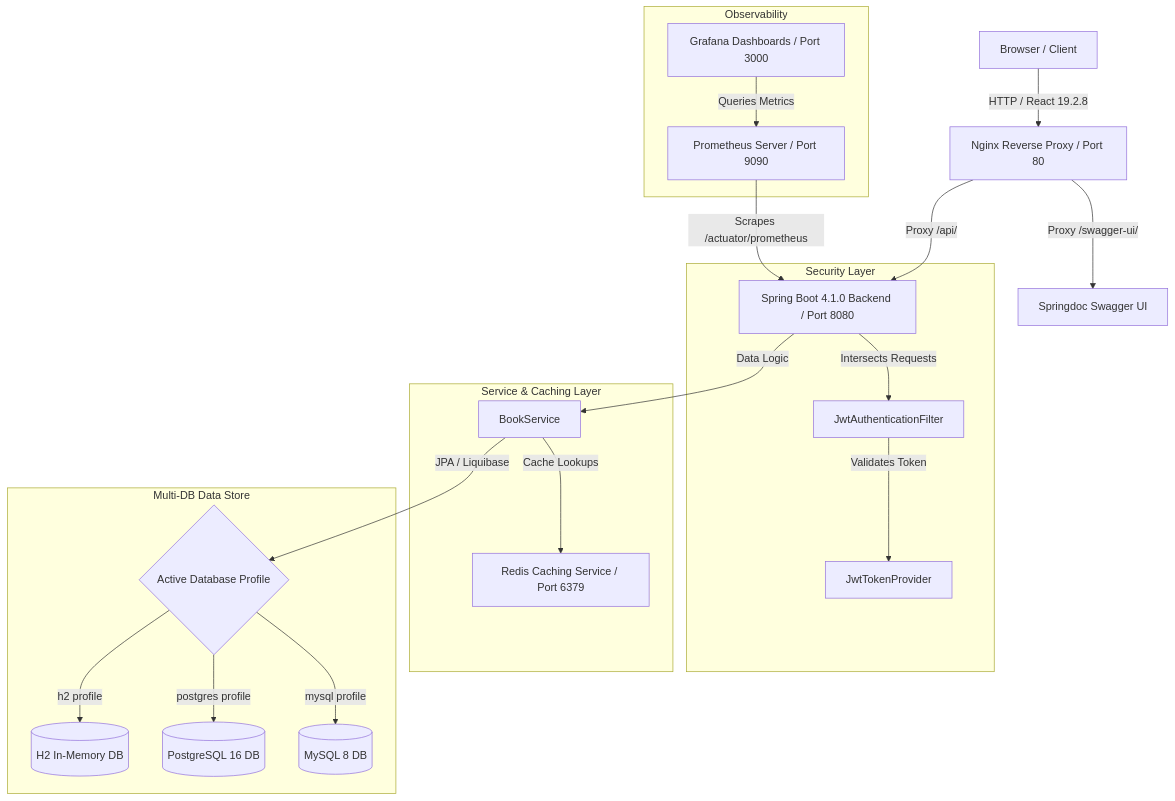
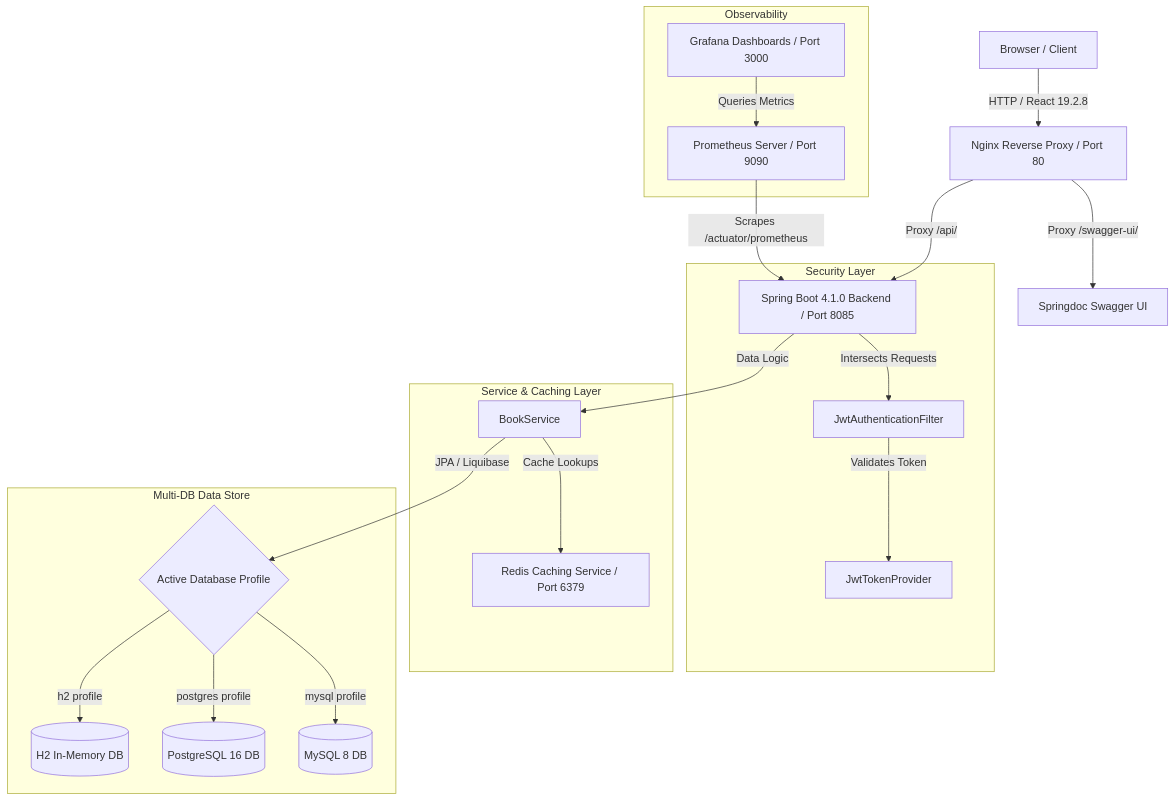
The first of 5 diagrams in README.md (syskantechnosoft/bookstore), drawn with Mermaid before and after one commit. The commit also changed other lines of this file, not shown here.

````diff
--- a/README.md
+++ b/README.md
@@ -54,28 +54,28 @@
 ```mermaid
 graph TD
     UserClient[Browser / Client] -->|HTTP / React 19.2.8| Nginx[Nginx Reverse Proxy / Port 80]
-    Nginx -->|Proxy /api/| SpringBoot[Spring Boot 4.1.0 Backend / Port 8080]
+    Nginx -->|Proxy /api/| SpringBoot[Spring Boot 4.1.0 Backend / Port 8085]
     Nginx -->|Proxy /swagger-ui/| Swagger[Springdoc Swagger UI]
     
     subgraph Security Layer
         SpringBoot -->|Intersects Requests| JwtFilter[JwtAuthenticationFilter]
         JwtFilter -->|Validates Token| JwtProvider[JwtTokenProvider]
     end
     
     subgraph Service & Caching Layer
         SpringBoot -->|Data Logic| BookService[BookService]
         BookService -->|Cache Lookups| Redis[Redis Caching Service / Port 6379]
     end
     
     subgraph Multi-DB Data Store
         BookService -->|JPA / Liquibase| DB{Active Database Profile}
         DB -->|h2 profile| H2DB[(H2 In-Memory DB)]
         DB -->|postgres profile| PostgresDB[(PostgreSQL 16 DB)]
         DB -->|mysql profile| MySQLDB[(MySQL 8 DB)]
     end
     
     subgraph Observability
         Prometheus[Prometheus Server / Port 9090] -->|Scrapes /actuator/prometheus| SpringBoot
         Grafana[Grafana Dashboards / Port 3000] -->|Queries Metrics| Prometheus
     end
 ```
````
